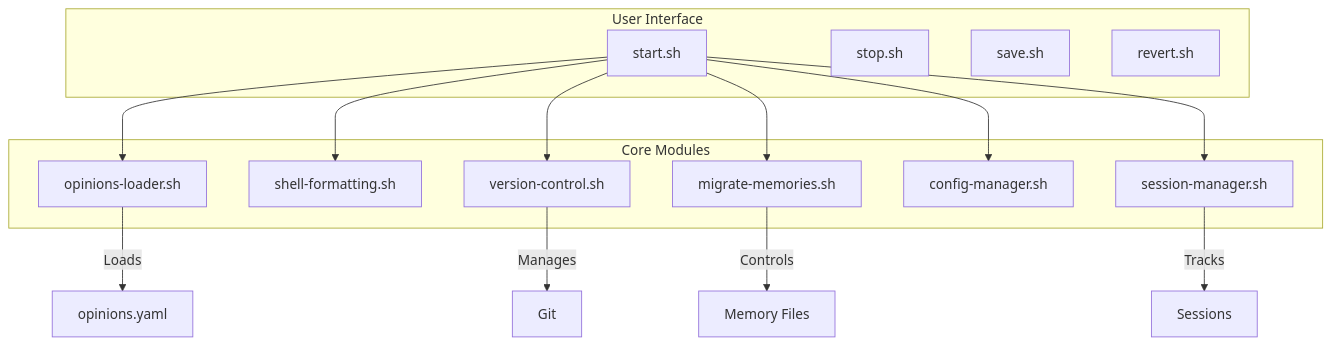
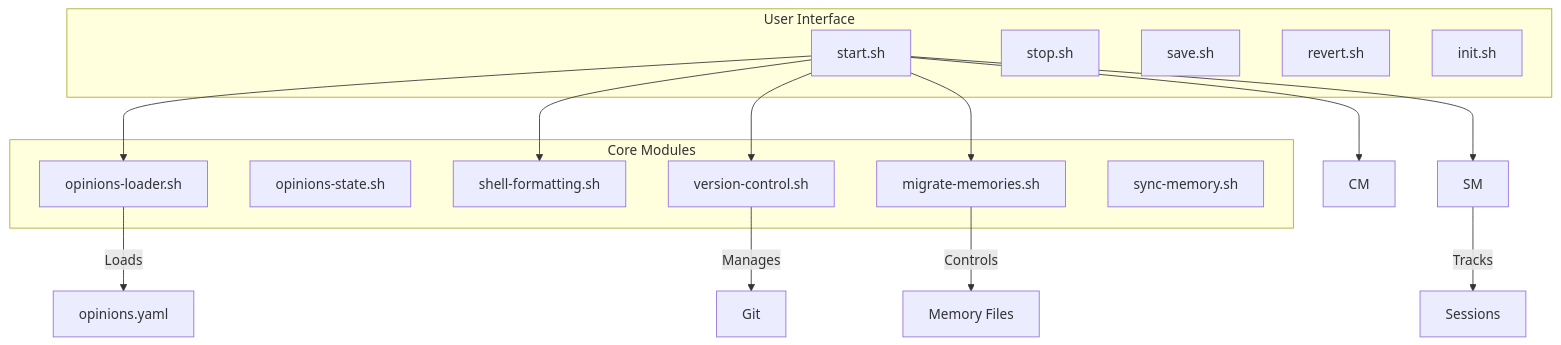
One commit to getHarshOnline/AIPM changed the sixth of 8 diagrams in AIPM.md. Above: the diagram before and after it, drawn with Mermaid. The commit also changed other lines of this file and 12 other files, not shown here.

````diff
--- a/AIPM.md
+++ b/AIPM.md
@@ -136,30 +136,31 @@
 ```mermaid
 graph TD
     subgraph "User Interface"
         S[start.sh]
         ST[stop.sh]
         SA[save.sh]
         R[revert.sh]
+        I[init.sh]
     end
     
     subgraph "Core Modules"
         OL[opinions-loader.sh]
+        OS[opinions-state.sh]
         SF[shell-formatting.sh]
         VC[version-control.sh]
         MM[migrate-memories.sh]
-        CM[config-manager.sh]
-        SM[session-manager.sh]
+        SY[sync-memory.sh]
     end
     
     S --> OL
     S --> SF
     S --> VC
     S --> MM
     S --> CM
     S --> SM
     
     OL --> |Loads| O[opinions.yaml]
     VC --> |Manages| G[Git]
     MM --> |Controls| M[Memory Files]
     SM --> |Tracks| SE[Sessions]
 ```
````
